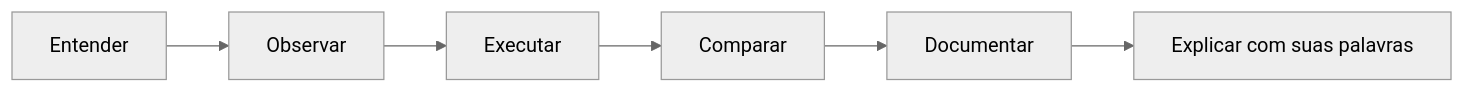
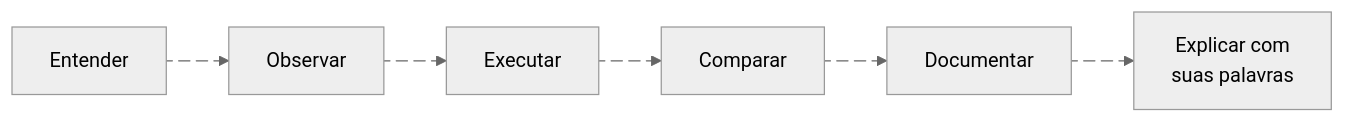
Before and after one commit to meloalan/Caminho-das-Pedras-CyberSecurity: the third of 3 diagrams in 01-Fundamentos/README.md, drawn with Mermaid (neutral theme). The commit also changed other lines of this file, not shown here.

````diff
--- a/01-Fundamentos/README.md
+++ b/01-Fundamentos/README.md
@@ -66,8 +79,14 @@
 ```mermaid
 flowchart LR
-    E[Entender] --> O[Observar]
-    O --> X[Executar]
-    X --> C[Comparar]
-    C --> D[Documentar]
-    D --> P[Explicar com suas palavras]
+    E["Entender"] e1@--> O["Observar"]
+    O e2@--> X["Executar"]
+    X e3@--> C["Comparar"]
+    C e4@--> D["Documentar"]
+    D e5@--> P["Explicar com<br/>suas palavras"]
+
+    e1@{ animation: fast }
+    e2@{ animation: fast }
+    e3@{ animation: fast }
+    e4@{ animation: fast }
+    e5@{ animation: fast }
 ```
````
